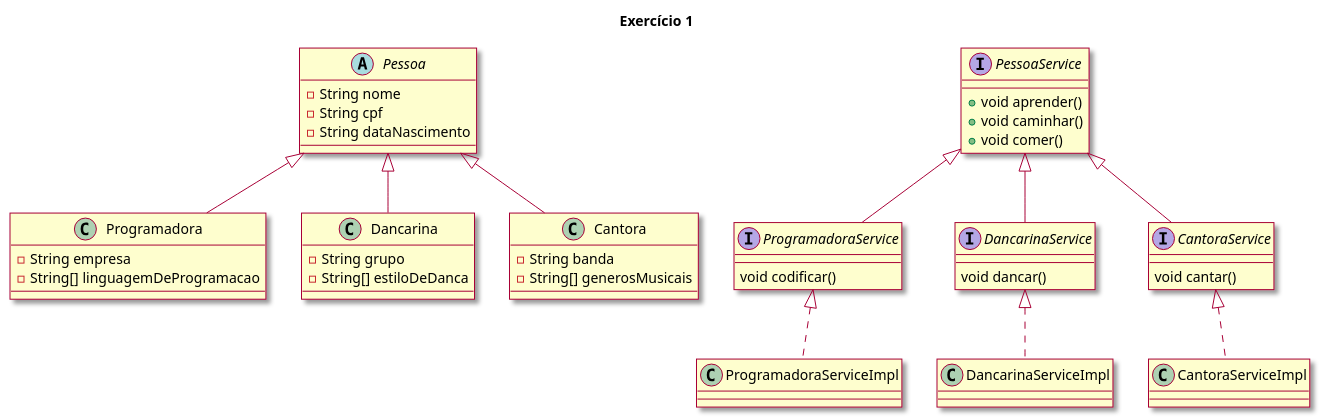
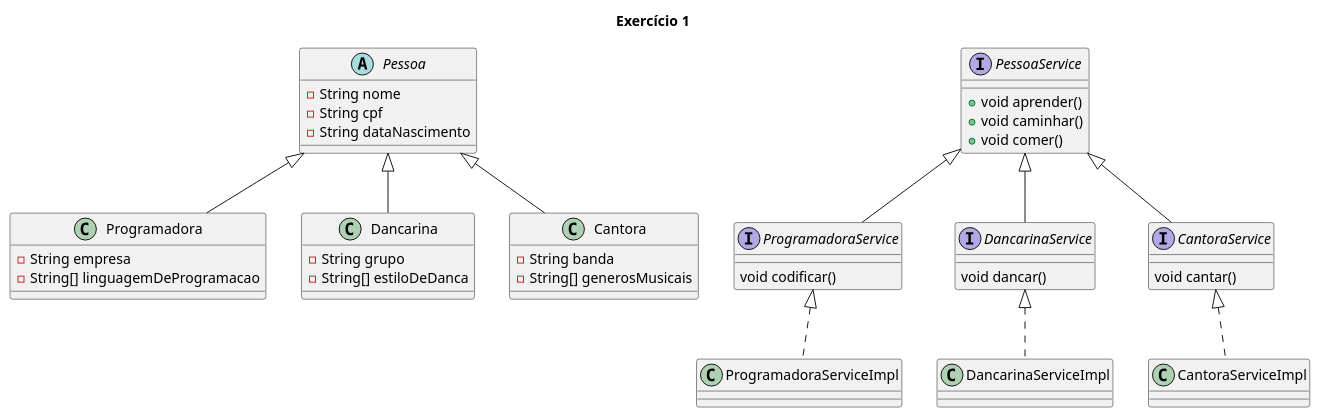
One commit to diogo-meneses-franca/atividade-avaliativa-construcao-de-software-solid-ifpr changed the diagram in atividade-avaliativa-solid-cs/src/main/java/org/example/ex1/ex1.puml. Above: the diagram before and after it, drawn with PlantUML. The commit also changed 7 other files, not shown here.

```diff
--- a/atividade-avaliativa-solid-cs/src/main/java/org/example/ex1/ex1.puml
+++ b/atividade-avaliativa-solid-cs/src/main/java/org/example/ex1/ex1.puml
@@ -1,59 +1,57 @@
 @startuml
-
-skin rose
 
 title Exercício 1
 
 
 abstract class Pessoa {
   -String nome
   -String cpf
   -String dataNascimento
 
 }
 
 
 interface PessoaService{
   +void aprender()
   +void caminhar()
   +void comer()
 }
 
 class Programadora extends Pessoa{
   -String empresa
   -String[] linguagemDeProgramacao
 
 }
 
 interface ProgramadoraService extends PessoaService{
   void codificar()
 }
 
 class ProgramadoraServiceImpl implements ProgramadoraService{
 }
 class Dancarina extends Pessoa{
   -String grupo
   -String[] estiloDeDanca
 }
 
 interface DancarinaService extends PessoaService{
   void dancar()
 }
 
 class DancarinaServiceImpl implements DancarinaService{
 }
 class Cantora extends Pessoa{
   -String banda
   -String[] generosMusicais
 
 }
 
 interface CantoraService extends PessoaService{
   void cantar()
 }
 
 class CantoraServiceImpl implements CantoraService{
 }
 
 
 @enduml
```
